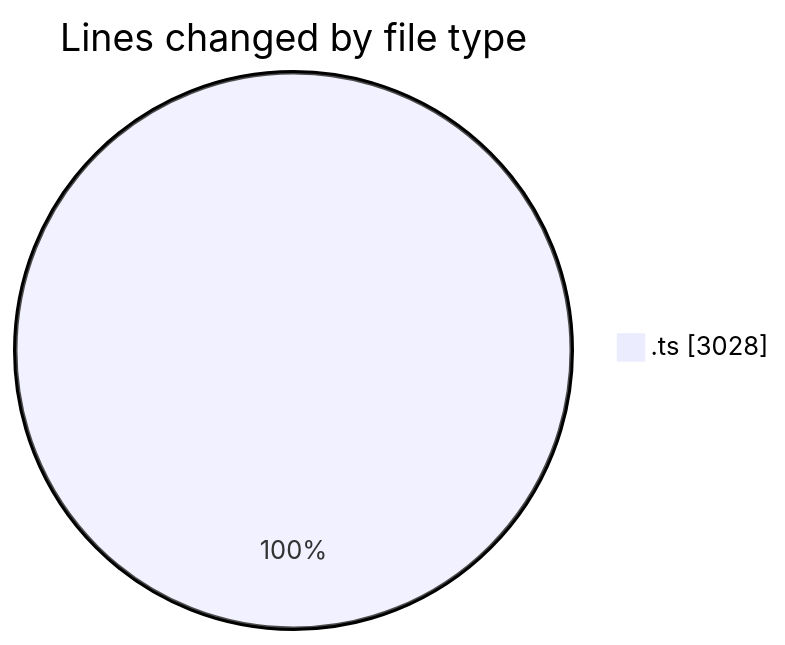
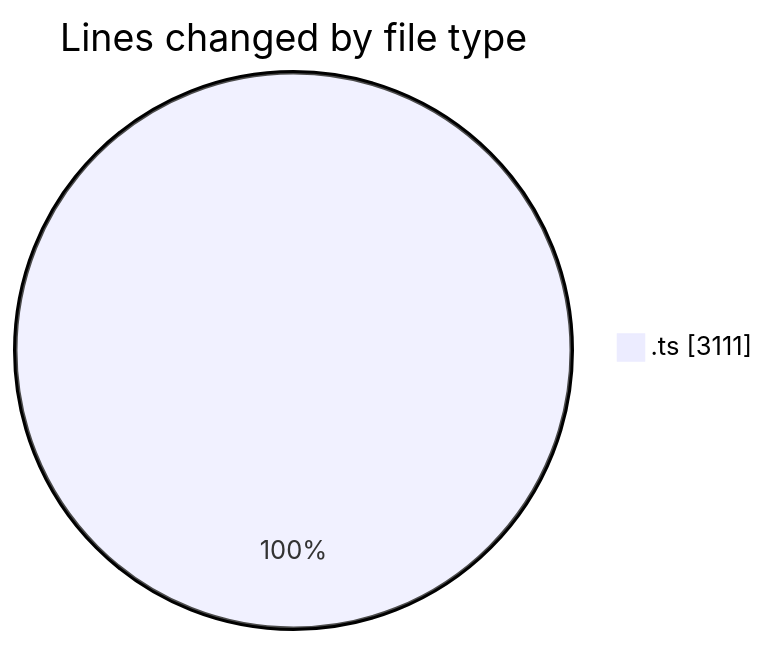
One commit to momahboobian/code-tracking changed the first of 2 diagrams in 2025-06-24/cda/README.md. Above: the diagram before and after it, drawn with Mermaid. The commit also changed other lines of this file and 1 other file, not shown here.

````diff
--- a/2025-06-24/cda/README.md
+++ b/2025-06-24/cda/README.md
@@ -24,5 +24,5 @@
 ```mermaid
 pie showData
 title Lines changed by file type
-".ts" : 3028
+".ts" : 3111
 ```
````
